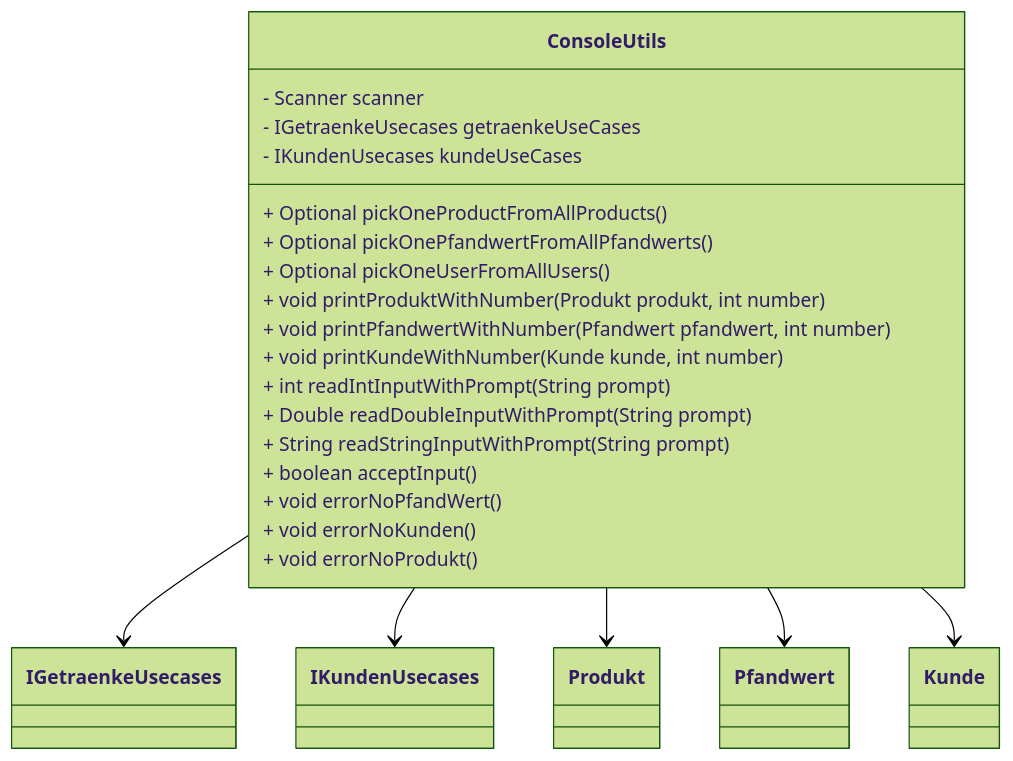
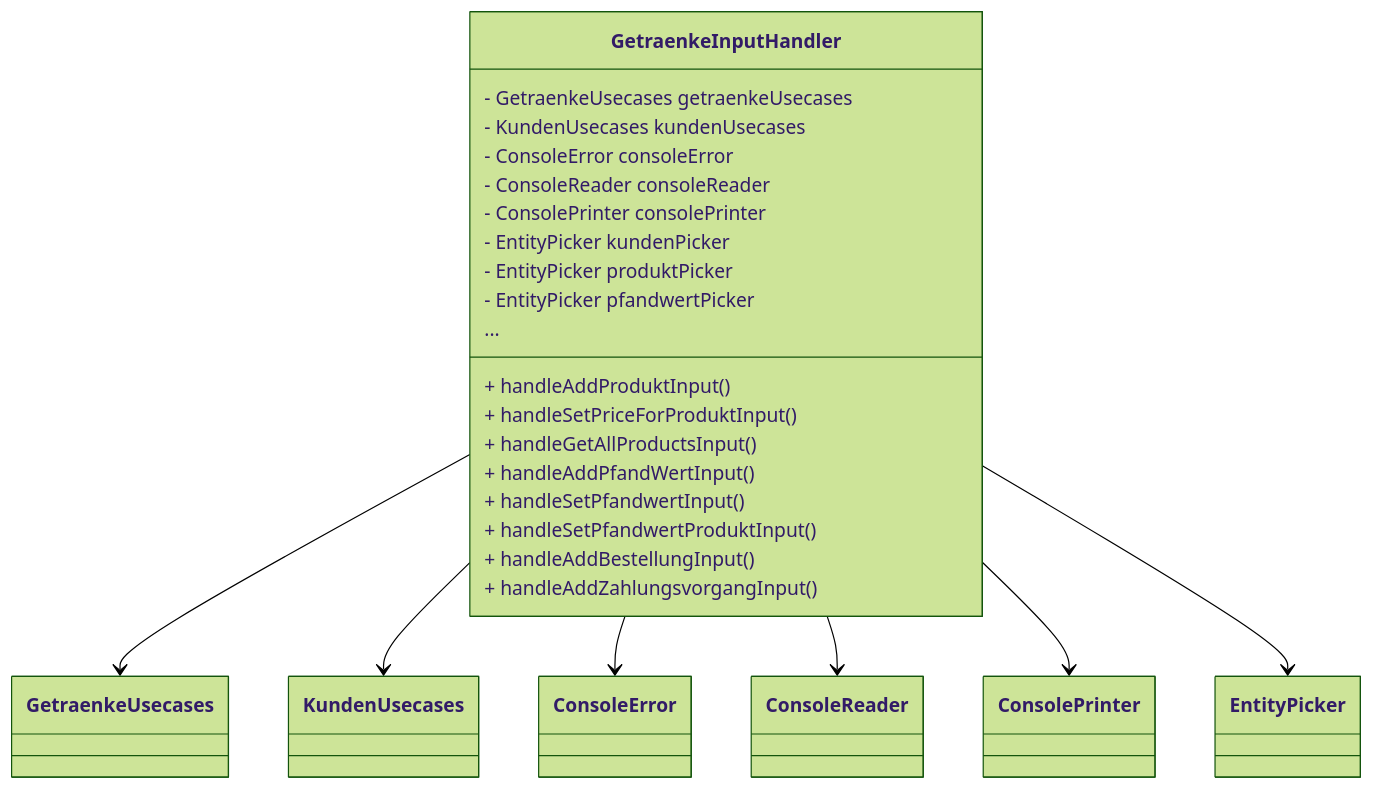
One commit to Gamagu/ase_getraenke changed the eighth of 31 diagrams in README.md. Above: the diagram before and after it, drawn with Mermaid (forest theme). The commit also changed other lines of this file and 1 other file, not shown here.

````diff
--- a/README.md
+++ b/README.md
@@ -360,34 +323,38 @@
 ```mermaid
 classDiagram
-	class ConsoleUtils {
-		- Scanner scanner
-		- IGetraenkeUsecases getraenkeUseCases
-		- IKundenUsecases kundeUseCases
+class GetraenkeInputHandler {
+	- GetraenkeUsecases getraenkeUsecases
+	- KundenUsecases kundenUsecases
+	- ConsoleError consoleError
+	- ConsoleReader consoleReader
+	- ConsolePrinter consolePrinter
+	- EntityPicker<Kunde> kundenPicker
+	- EntityPicker<Produkt> produktPicker
+	- EntityPicker<Pfandwert> pfandwertPicker
 
-		+ Optional pickOneProductFromAllProducts()
-		+ Optional pickOnePfandwertFromAllPfandwerts()
-		+ Optional pickOneUserFromAllUsers()
-		+ void printProduktWithNumber(Produkt produkt, int number)
-		+ void printPfandwertWithNumber(Pfandwert pfandwert, int number)
-		+ void printKundeWithNumber(Kunde kunde, int number)
-		+ int readIntInputWithPrompt(String prompt)
-		+ Double readDoubleInputWithPrompt(String prompt)
-		+ String readStringInputWithPrompt(String prompt)
-		+ boolean acceptInput()
-		+ void errorNoPfandWert()
-		+ void errorNoKunden()
-		+ void errorNoProdukt()
-	}
+	+ handleAddProduktInput()
+	+ handleSetPriceForProduktInput()
+	+ handleGetAllProductsInput()
+	+ handleAddPfandWertInput()
+	+ handleSetPfandwertInput()
+	+ handleSetPfandwertProduktInput()
+	+ handleAddBestellungInput()
+	+ handleAddZahlungsvorgangInput()
+	...
+}
 
-	class IGetraenkeUsecases
-	class IKundenUsecases
-	class Produkt
-	class Pfandwert
-	class Kunde
+class GetraenkeUsecases
+class KundenUsecases
+class ConsoleError
+class ConsoleReader
+class ConsolePrinter
+class EntityPicker
 
-	ConsoleUtils --> IGetraenkeUsecases
-	ConsoleUtils --> IKundenUsecases
-	ConsoleUtils --> Produkt
-	ConsoleUtils --> Pfandwert
-	ConsoleUtils --> Kunde
+GetraenkeInputHandler --> GetraenkeUsecases
+GetraenkeInputHandler --> KundenUsecases
+GetraenkeInputHandler --> ConsoleError
+GetraenkeInputHandler --> ConsoleReader
+GetraenkeInputHandler --> ConsolePrinter
+GetraenkeInputHandler --> EntityPicker
+
 ```
````
